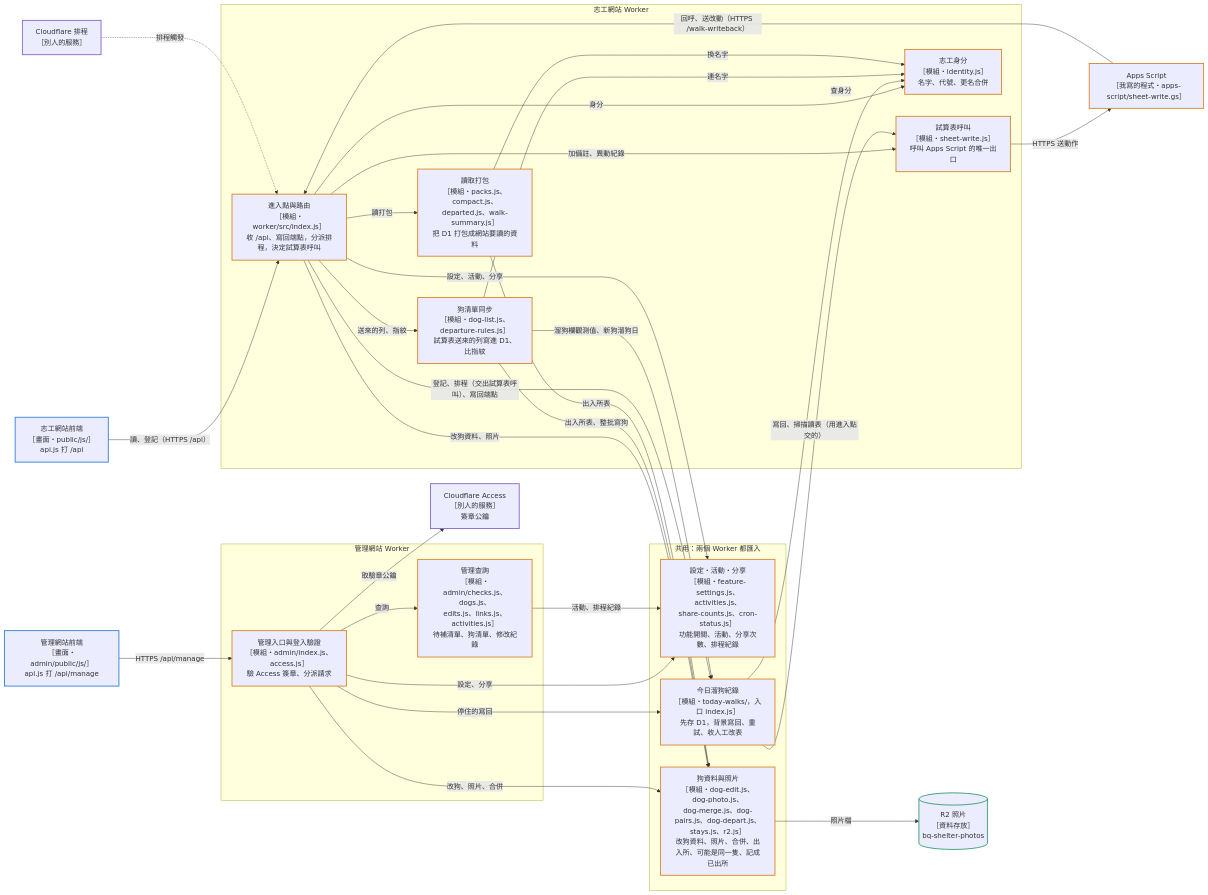
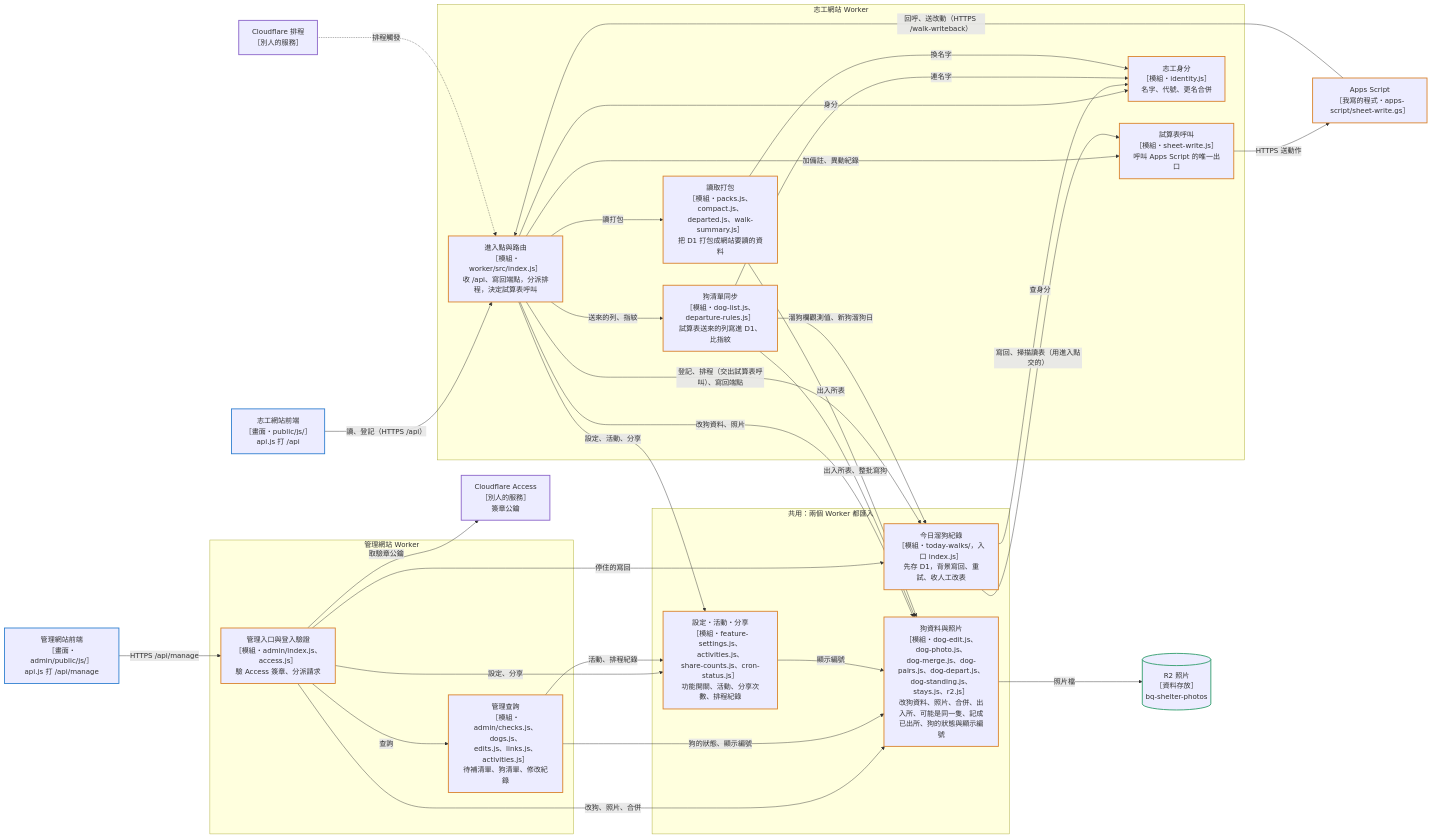
One commit to jiatsenK/bq-shelter-dogs changed the fifth of 7 diagrams in docs/ARCHITECTURE.md. Above: the diagram before and after it, drawn with Mermaid. The commit also changed other lines of this file and 25 other files, not shown here.

````diff
--- a/docs/ARCHITECTURE.md
+++ b/docs/ARCHITECTURE.md
@@ -277,62 +277,64 @@
 ```mermaid
 flowchart LR
   vfront["志工網站前端<br/>［畫面・public/js/］<br/>api.js 打 /api"]
   cron["Cloudflare 排程<br/>［別人的服務］"]
   gas["Apps Script<br/>［我寫的程式・apps-script/sheet-write.gs］"]
   afront["管理網站前端<br/>［畫面・admin/public/js/］<br/>api.js 打 /api/manage"]
   access["Cloudflare Access<br/>［別人的服務］<br/>簽章公鑰"]
   r2[("R2 照片<br/>［資料存放］<br/>bq-shelter-photos")]
   subgraph SHARED["共用：兩個 Worker 都匯入"]
     settings["設定・活動・分享<br/>［模組・feature-settings.js、activities.js、<br/>share-counts.js、cron-status.js］<br/>功能開關、活動、分享次數、排程紀錄"]
-    dogdata["狗資料與照片<br/>［模組・dog-edit.js、dog-photo.js、<br/>dog-merge.js、dog-pairs.js、dog-depart.js、<br/>stays.js、r2.js］<br/>改狗資料、照片、合併、出入所、可能是同一隻、記成已出所"]
+    dogdata["狗資料與照片<br/>［模組・dog-edit.js、dog-photo.js、<br/>dog-merge.js、dog-pairs.js、dog-depart.js、<br/>dog-standing.js、stays.js、r2.js］<br/>改狗資料、照片、合併、出入所、可能是同一隻、記成已出所、狗的狀態與顯示編號"]
     walk["今日溜狗紀錄<br/>［模組・today-walks/，入口 index.js］<br/>先存 D1，背景寫回、重試、收人工改表"]
   end
   subgraph VW["志工網站 Worker"]
     entry["進入點與路由<br/>［模組・worker/src/index.js］<br/>收 /api、寫回端點，分派排程，決定試算表呼叫"]
     doglist["狗清單同步<br/>［模組・dog-list.js、departure-rules.js］<br/>試算表送來的列寫進 D1、比指紋"]
     packs["讀取打包<br/>［模組・packs.js、compact.js、<br/>departed.js、walk-summary.js］<br/>把 D1 打包成網站要讀的資料"]
     sheetcall["試算表呼叫<br/>［模組・sheet-write.js］<br/>呼叫 Apps Script 的唯一出口"]
     identity["志工身分<br/>［模組・identity.js］<br/>名字、代號、更名合併"]
   end
   subgraph AW["管理網站 Worker"]
     aentry["管理入口與登入驗證<br/>［模組・admin/index.js、access.js］<br/>驗 Access 簽章、分派請求"]
     aquery["管理查詢<br/>［模組・admin/checks.js、dogs.js、<br/>edits.js、links.js、activities.js］<br/>待補清單、狗清單、修改紀錄"]
   end
 
   vfront -->|讀、登記（HTTPS /api）| entry
   cron -.->|排程觸發| entry
   gas -->|回呼、送改動（HTTPS /walk-writeback）| entry
   afront -->|HTTPS /api/manage| aentry
   entry -->|登記、排程（交出試算表呼叫）、寫回端點| walk
   entry -->|送來的列、指紋| doglist
   entry -->|讀打包| packs
   entry -->|加備註、異動紀錄| sheetcall
   entry -->|身分| identity
   entry -->|設定、活動、分享| settings
   entry -->|改狗資料、照片| dogdata
   doglist -->|溜狗欄觀測值、新狗溜狗日| walk
   walk -->|寫回、掃描讀表（用進入點交的）| sheetcall
   walk -->|查身分| identity
   doglist -->|連名字| identity
   doglist -->|出入所表、整批寫狗| dogdata
   packs -->|換名字| identity
   packs -->|出入所表| dogdata
   sheetcall -->|HTTPS 送動作| gas
   dogdata -->|照片檔| r2
   aentry -->|查詢| aquery
   aentry -->|取驗章公鑰| access
   aentry -->|設定、分享| settings
   aentry -->|改狗、照片、合併| dogdata
   aentry -->|停住的寫回| walk
   aquery -->|活動、排程紀錄| settings
+  aquery -->|狗的狀態、顯示編號| dogdata
+  settings -->|顯示編號| dogdata
 
   class vfront,afront ui
   class entry,walk,doglist,packs,sheetcall,identity,aentry,aquery,settings,dogdata,gas code
   class r2 data
   class cron,access ext
   classDef person stroke:#5b6b78,stroke-width:2px
   classDef ui stroke:#2f7fd0,stroke-width:2px
   classDef code stroke:#d9822b,stroke-width:2px
   classDef data stroke:#2e9d6a,stroke-width:2px
   classDef ext stroke:#8a63c9,stroke-width:2px
 ```
````
